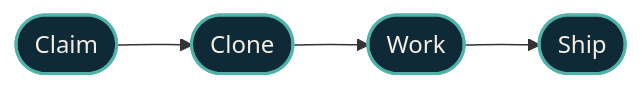
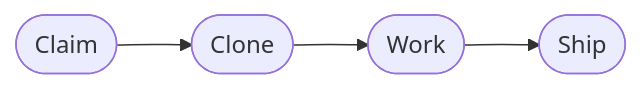
The third of 3 diagrams in autonomous-agents/runtime.mdx (dryvist/docs), drawn with Mermaid before and after one commit. The commit also changed other lines of this file and 3 other files, not shown here.

````diff
--- a/autonomous-agents/runtime.mdx
+++ b/autonomous-agents/runtime.mdx
@@ -166,21 +194,18 @@
 ```mermaid
 %%{init: {"theme":"base","look":"handDrawn","themeVariables":{"primaryColor":"#123a36","primaryTextColor":"#f4efe6","primaryBorderColor":"#4fb3a9","lineColor":"#4fb3a9","secondaryColor":"#0b1d2a","tertiaryColor":"#16293a","clusterBkg":"#08151f","clusterBorder":"#4fb3a9","fontFamily":"'Geist Sans', system-ui, -apple-system, BlinkMacSystemFont, 'Segoe UI', Roboto, sans-serif","fontSize":"14px"}}}%%
 flowchart LR
   classDef src fill:#16293a,stroke:#e06b4a,stroke-width:2px,color:#f4efe6;
   classDef ai fill:#16293a,stroke:#e06b4a,stroke-width:2px,color:#f4efe6;
   classDef gate fill:#16293a,stroke:#e06b4a,stroke-width:2.5px,color:#f4efe6;
   classDef hop fill:#16293a,stroke:#4fb3a9,stroke-width:2px,color:#f4efe6;
   classDef host fill:#16293a,stroke:#4fb3a9,stroke-width:2px,color:#f4efe6;
   classDef sink fill:#16293a,stroke:#f4efe6,stroke-width:2px,color:#f4efe6;
   classDef auto fill:#16293a,stroke:#f4efe6,stroke-width:1.5px,color:#f4efe6;
   classDef external fill:#16293a,stroke:#e6b35a,stroke-width:2px,color:#f4efe6;
   Claim([Claim])
   Clone([Clone])
   Work([Work])
   Ship([Ship])
 
   Claim --> Clone --> Work --> Ship
-
-  classDef n fill:#102937,stroke:#4FB3A9,stroke-width:2px,color:#F4EFE6;
-  class Claim,Clone,Work,Ship n
 ```
````
